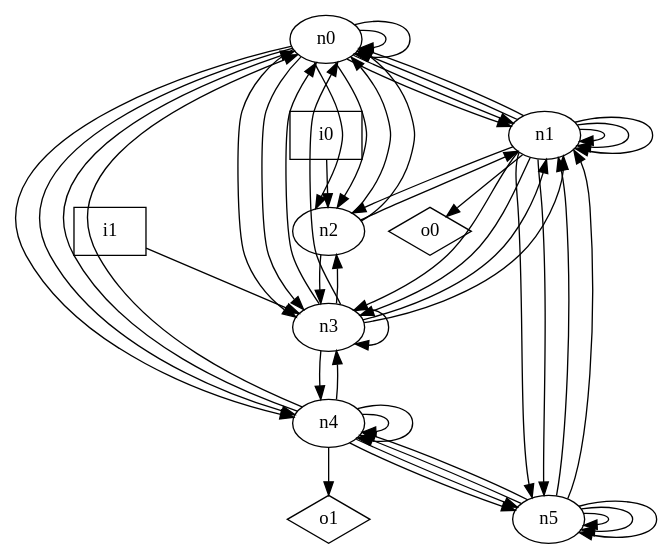
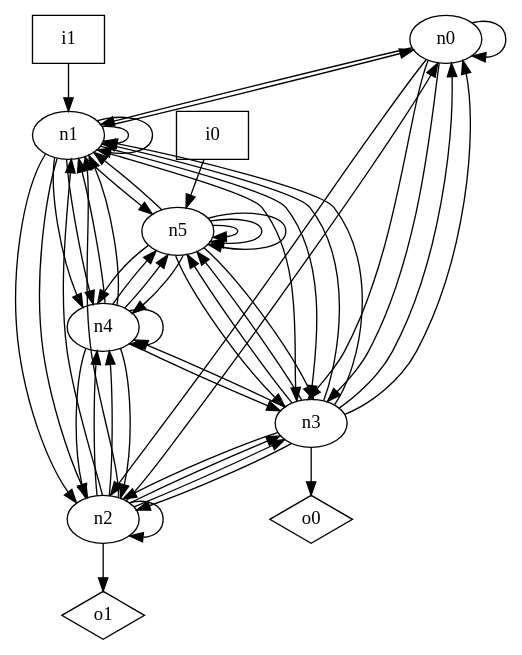
The diagram in dot_files/random_graph/undirected_graph.dot (p9romain/bool-circuits), drawn with Graphviz before and after one commit. The commit also changed 47 other files, not shown here.

```diff
--- a/dot_files/random_graph/undirected_graph.dot
+++ b/dot_files/random_graph/undirected_graph.dot
@@ -1,61 +1,64 @@
 digraph G {
 n0 [label="n0"];
 n1 [label="n1"];
 n2 [label="n2"];
 n3 [label="n3"];
 n4 [label="n4"];
 n5 [label="n5"];
 n6 [label="i0",shape="box"];
 n7 [label="i1",shape="box"];
 n8 [label="o0",shape="diamond"];
 n9 [label="o1",shape="diamond"];
 n0 -> n0
-n0 -> n0
 n0 -> n1
-n0 -> n1
-n0 -> n2
 n0 -> n2
 n0 -> n3
 n0 -> n3
-n0 -> n4
-n0 -> n4
-n1 -> n0
 n1 -> n0
 n1 -> n1
 n1 -> n1
-n1 -> n1
+n1 -> n2
 n1 -> n2
 n1 -> n3
 n1 -> n3
+n1 -> n4
+n1 -> n4
 n1 -> n5
-n1 -> n5
-n1 -> n8
-n2 -> n0
 n2 -> n0
 n2 -> n1
+n2 -> n1
+n2 -> n2
 n2 -> n3
+n2 -> n3
+n2 -> n4
+n2 -> n4
+n2 -> n9
 n3 -> n0
 n3 -> n0
 n3 -> n1
 n3 -> n1
 n3 -> n2
-n3 -> n3
+n3 -> n2
 n3 -> n4
-n4 -> n0
-n4 -> n0
+n3 -> n5
+n3 -> n5
+n3 -> n8
+n4 -> n1
+n4 -> n1
+n4 -> n2
+n4 -> n2
 n4 -> n3
-n4 -> n4
 n4 -> n4
 n4 -> n5
 n4 -> n5
-n4 -> n9
 n5 -> n1
-n5 -> n1
+n5 -> n3
+n5 -> n3
 n5 -> n4
 n5 -> n4
 n5 -> n5
 n5 -> n5
 n5 -> n5
-n6 -> n2
-n7 -> n3
+n6 -> n5
+n7 -> n1
 }
```
